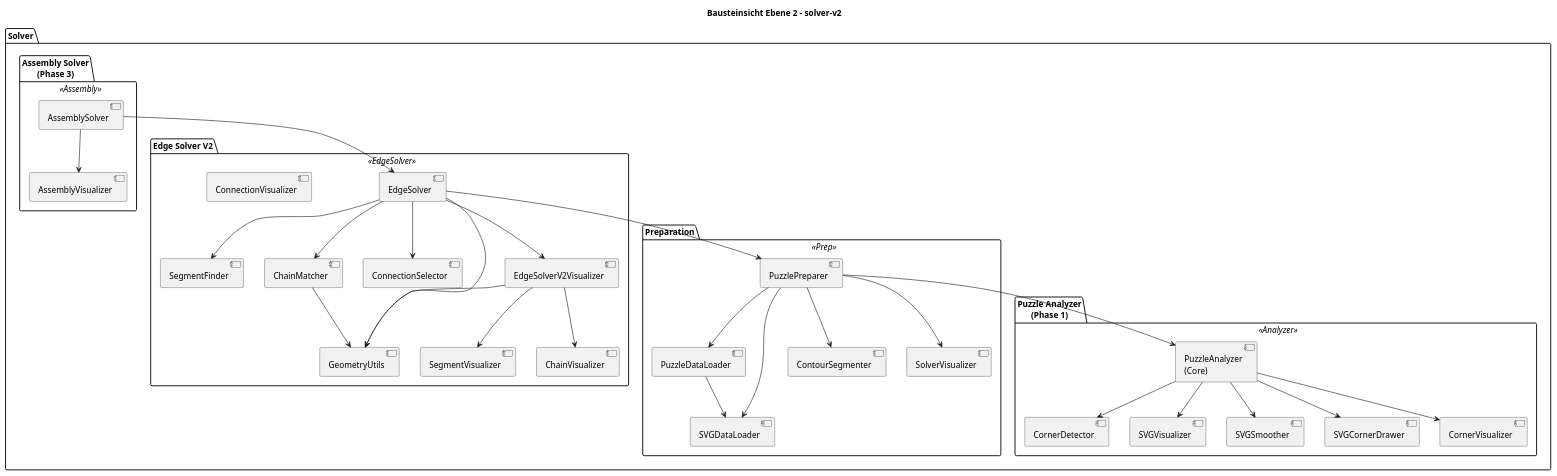
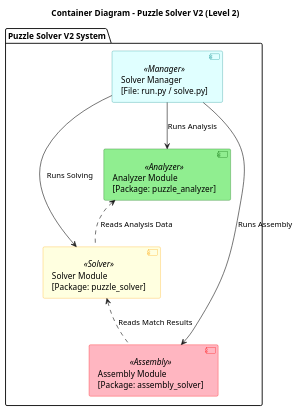
The diagram in diagrams/05_02_bausteinsicht_ebene2.puml (PrenTeam3/simulator-v2), drawn with PlantUML before and after one commit. The commit also changed 1 other file, not shown here.

Commit message:
updated diagramms

```diff
--- a/diagrams/05_02_bausteinsicht_ebene2.puml
+++ b/diagrams/05_02_bausteinsicht_ebene2.puml
@@ -1,86 +1,45 @@
 @startuml
-title Bausteinsicht Ebene 2 - solver-v2
+title Container Diagram - Puzzle Solver V2 (Level 2)
 
+' Style definitions matching your example file
 skinparam componentStyle uml2
 skinparam component {
+  BackgroundColor<<Manager>> LightCyan
   BackgroundColor<<Analyzer>> LightGreen
-  BackgroundColor<<Prep>> LightCyan
-  BackgroundColor<<EdgeSolver>> LightYellow
+  BackgroundColor<<Solver>> LightYellow
   BackgroundColor<<Assembly>> LightPink
+
+  BorderColor<<Manager>> DarkCyan
   BorderColor<<Analyzer>> DarkGreen
-  BorderColor<<Prep>> DarkCyan
-  BorderColor<<EdgeSolver>> Orange
+  BorderColor<<Solver>> Orange
   BorderColor<<Assembly>> Red
 }
 
-' solver-v2: Solver (enthält Analyzer + Solver)
-package "Solver" {
-  ' Puzzle Analyzer
-  package "Puzzle Analyzer\n(Phase 1)" <<Analyzer>> {
-    component [PuzzleAnalyzer\n(Core)] as AnalyzerCore
-    component [CornerDetector] as CornerDet
-    component [SVGVisualizer] as SVGVis
-    component [SVGSmoother] as SVGSmooth
-    component [SVGCornerDrawer] as SVGCorner
-    component [CornerVisualizer] as CornerVis
-    
-    AnalyzerCore --> CornerDet
-    AnalyzerCore --> SVGVis
-    AnalyzerCore --> SVGSmooth
-    AnalyzerCore --> SVGCorner
-    AnalyzerCore --> CornerVis
-  }
-  
-  ' Preparation
-  package "Preparation" <<Prep>> {
-    component [PuzzlePreparer] as Prep
-    component [PuzzleDataLoader] as DataLoader
-    component [SVGDataLoader] as SVGLoader
-    component [ContourSegmenter] as Segmenter
-    component [SolverVisualizer] as PrepVis
-    
-    Prep --> DataLoader
-    Prep --> SVGLoader
-    Prep --> Segmenter
-    Prep --> PrepVis
-    DataLoader --> SVGLoader
-  }
-  
-  ' Edge Solver V2
-  package "Edge Solver V2" <<EdgeSolver>> {
-    component [EdgeSolver] as EdgeSolv
-    component [SegmentFinder] as SegFind
-    component [ChainMatcher] as ChainMatch
-    component [ConnectionSelector] as ConnSelect
-    component [GeometryUtils] as GeomUtils
-    component [EdgeSolverV2Visualizer] as EdgeVis
-    component [SegmentVisualizer] as SegVis
-    component [ChainVisualizer] as ChainVis
-    component [ConnectionVisualizer] as ConnVis
-    
-    EdgeSolv --> SegFind
-    EdgeSolv --> ChainMatch
-    EdgeSolv --> ConnSelect
-    EdgeSolv --> EdgeVis
-    EdgeSolv --> GeomUtils
-    ChainMatch --> GeomUtils
-    EdgeVis --> SegVis
-    EdgeVis --> ChainVis
-    EdgeVis --> GeomUtils
-  }
-  ' solver-v2: Assembly Solver
-    package "Assembly Solver\n(Phase 3)" <<Assembly>> {
-    component [AssemblySolver] as Assembly
-    component [AssemblyVisualizer] as AssemblyVis
-    Assembly --> AssemblyVis
-}
+package "Puzzle Solver V2 System" {
+
+    ' 1. Solver Manager
+    component "Solver Manager\n[File: run.py / solve.py]" as MainManager <<Manager>>
+
+    ' 2. Analyzer Module
+    component "Analyzer Module\n[Package: puzzle_analyzer]" as AnalyzerMod <<Analyzer>>
+
+    ' 3. Solver Module
+    component "Solver Module\n[Package: puzzle_solver]" as SolverMod <<Solver>>
+
+    ' 4. Assembly Module
+    component "Assembly Module\n[Package: assembly_solver]" as AssemblyMod <<Assembly>>
 
 }
 
+' --- Relationships ---
 
+' Manager orchestrates the pipeline
+MainManager -down-> AnalyzerMod : Runs Analysis
+MainManager -down-> SolverMod : Runs Solving
+MainManager -down-> AssemblyMod : Runs Assembly
 
-' Abhängigkeiten zwischen Paketen (Pipeline-Ablauf)
-Prep -down-> AnalyzerCore
-EdgeSolv -down-> Prep
-Assembly -down-> EdgeSolv
+' Data Flow between modules
+SolverMod .up.> AnalyzerMod : Reads Analysis Data
+AssemblyMod .up.> SolverMod : Reads Match Results
+
 @enduml
```
